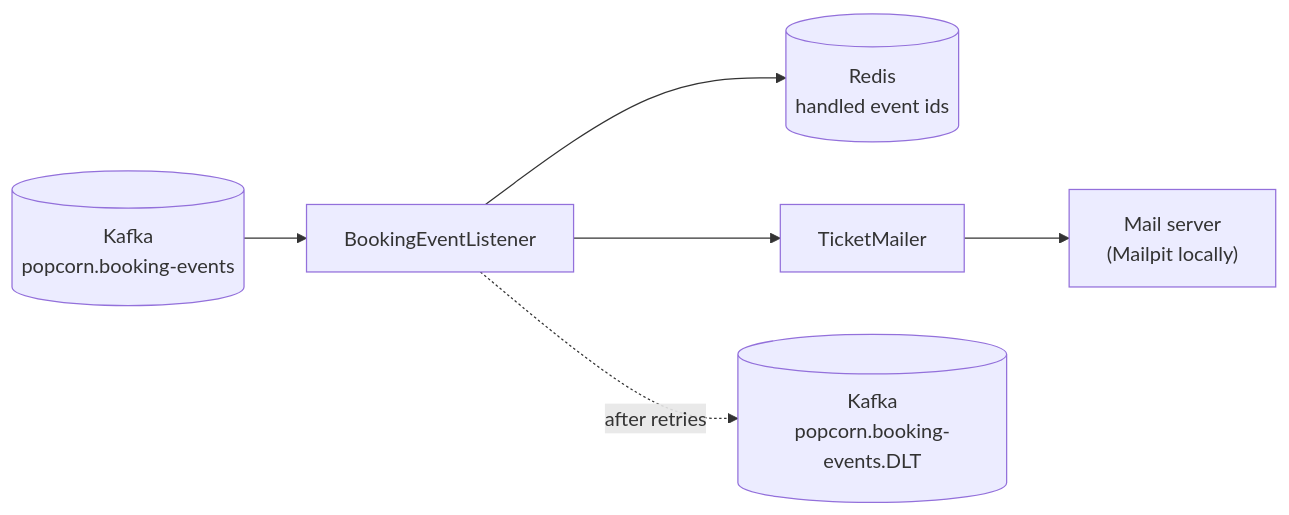
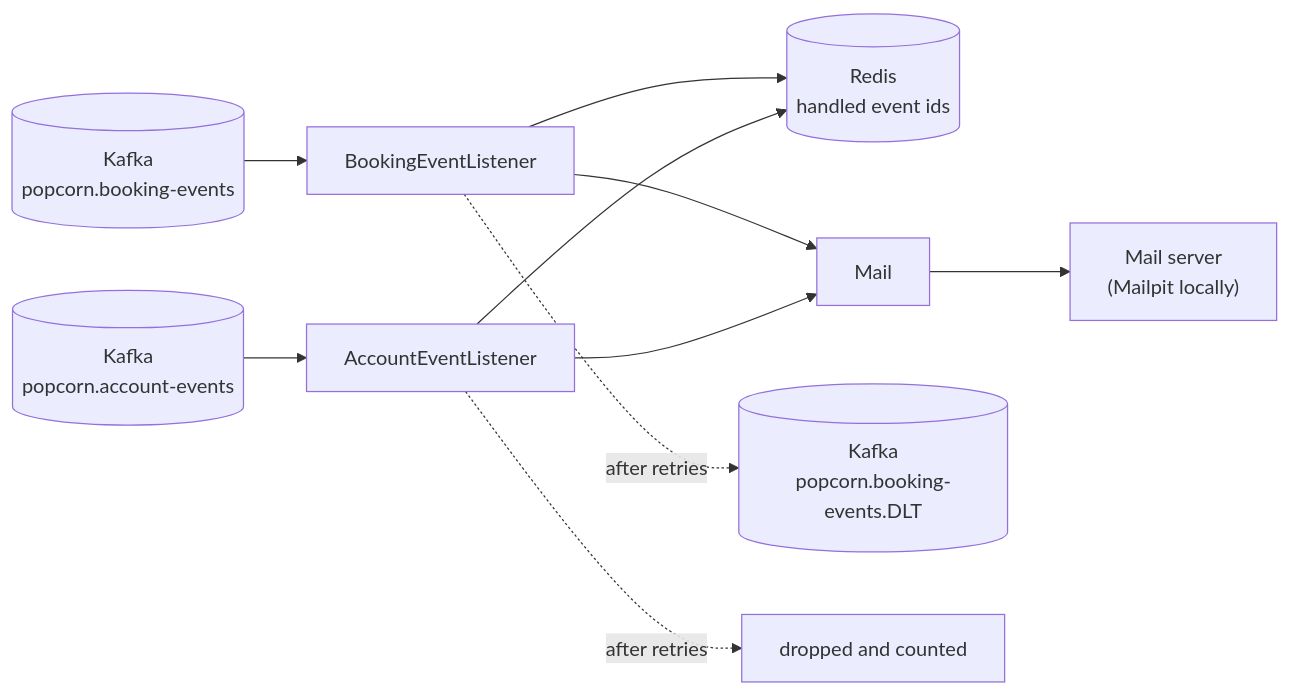
One commit to antoniosifov/popcorn-palace changed the diagram in notifications/README.md. Above: the diagram before and after it, drawn with Mermaid. The commit also changed other lines of this file and 3 other files, not shown here.

````diff
--- a/notifications/README.md
+++ b/notifications/README.md
@@ -9,7 +9,11 @@
 ```mermaid
 flowchart LR
     Kafka[("Kafka<br/>popcorn.booking-events")] --> Listener["BookingEventListener"]
+    Accounts[("Kafka<br/>popcorn.account-events")] --> AccountListener["AccountEventListener"]
     Listener --> Processed[("Redis<br/>handled event ids")]
-    Listener --> Mail["TicketMailer"] --> SMTP["Mail server<br/>(Mailpit locally)"]
+    AccountListener --> Processed
+    Listener --> Mail["Mail"] --> SMTP["Mail server<br/>(Mailpit locally)"]
+    AccountListener --> Mail
     Listener -. after retries .-> DLT[("Kafka<br/>popcorn.booking-events.DLT")]
+    AccountListener -. after retries .-> Dropped["dropped and counted"]
 ```
````
